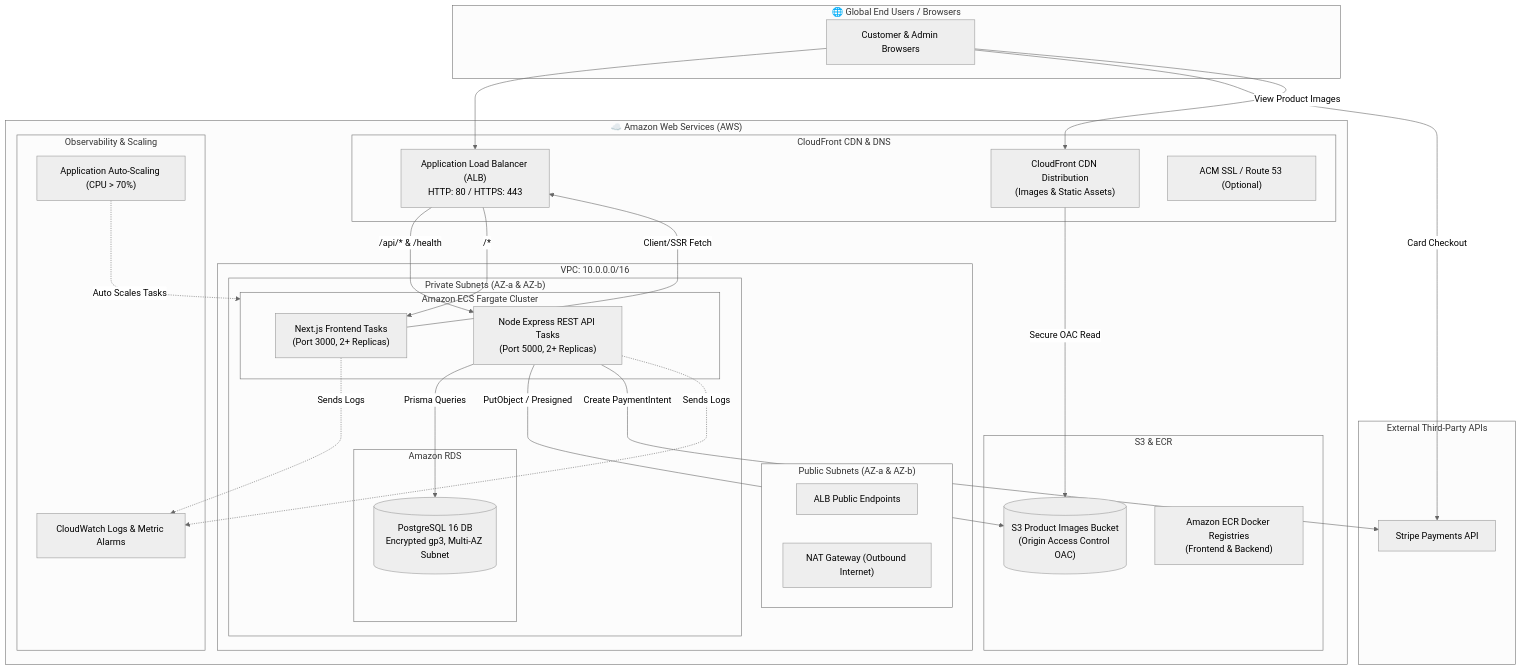
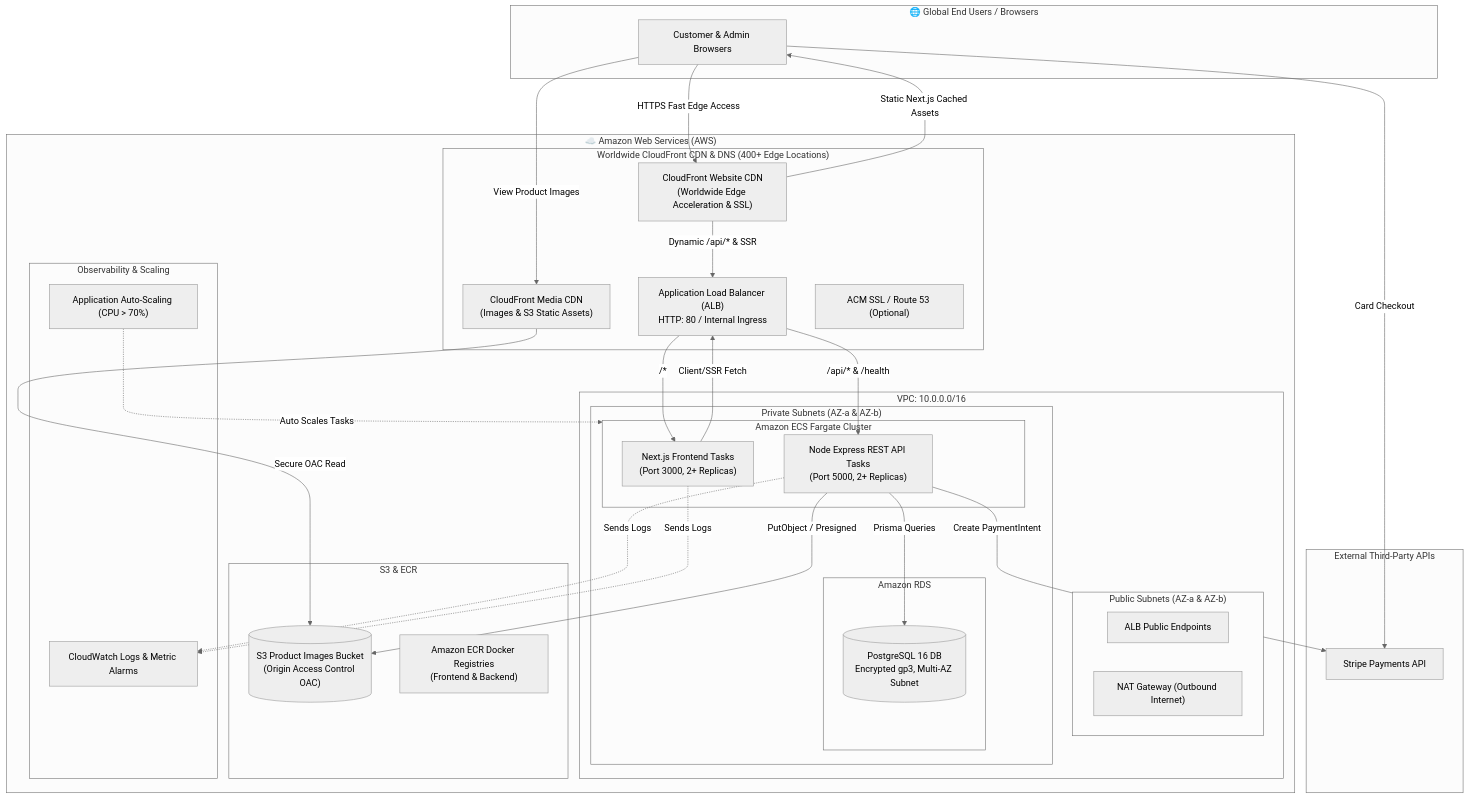
The diagram in README.md (Satheeshkumar08/Ecommerce-project), drawn with Mermaid (neutral theme) before and after one commit. The commit also changed other lines of this file and 9 other files, not shown here.

````diff
--- a/README.md
+++ b/README.md
@@ -10,60 +9,63 @@
 ```mermaid
 flowchart TD
     subgraph Users ["🌐 Global End Users / Browsers"]
         Client["Customer & Admin Browsers"]
     end
 
     subgraph AWS ["☁️ Amazon Web Services (AWS)"]
-        subgraph Edge ["CloudFront CDN & DNS"]
-            ALB["Application Load Balancer (ALB)\nHTTP: 80 / HTTPS: 443"]
-            CF["CloudFront CDN Distribution\n(Images & Static Assets)"]
+        subgraph Edge ["Worldwide CloudFront CDN & DNS (400+ Edge Locations)"]
+            CF_Web["CloudFront Website CDN\n(Worldwide Edge Acceleration & SSL)"]
+            CF_S3["CloudFront Media CDN\n(Images & S3 Static Assets)"]
+            ALB["Application Load Balancer (ALB)\nHTTP: 80 / Internal Ingress"]
             ACM["ACM SSL / Route 53 (Optional)"]
         end
 
         subgraph VPC ["VPC: 10.0.0.0/16"]
             subgraph PublicSubnets ["Public Subnets (AZ-a & AZ-b)"]
                 ALB_Node["ALB Public Endpoints"]
                 NAT["NAT Gateway (Outbound Internet)"]
             end
 
             subgraph PrivateSubnets ["Private Subnets (AZ-a & AZ-b)"]
                 subgraph ECSCluster ["Amazon ECS Fargate Cluster"]
                     Frontend["Next.js Frontend Tasks\n(Port 3000, 2+ Replicas)"]
                     Backend["Node Express REST API Tasks\n(Port 5000, 2+ Replicas)"]
                 end
 
                 subgraph Database ["Amazon RDS"]
                     RDS[("PostgreSQL 16 DB\nEncrypted gp3, Multi-AZ Subnet")]
                 end
             end
         end
 
         subgraph Storage ["S3 & ECR"]
             S3[("S3 Product Images Bucket\n(Origin Access Control OAC)")]
             ECR["Amazon ECR Docker Registries\n(Frontend & Backend)"]
         end
 
         subgraph Monitoring ["Observability & Scaling"]
             CW["CloudWatch Logs & Metric Alarms"]
             ASG["Application Auto-Scaling (CPU > 70%)"]
         end
     end
 
     subgraph External ["External Third-Party APIs"]
         Stripe["Stripe Payments API"]
     end
 
-    Client --> ALB
+    Client -->|HTTPS Fast Edge Access| CF_Web
+    CF_Web -->|Dynamic /api/* & SSR| ALB
+    CF_Web -->|Static Next.js Cached Assets| Client
     ALB -->|/api/* & /health| Backend
     ALB -->|/*| Frontend
     Frontend -->|Client/SSR Fetch| ALB
     Backend -->|Prisma Queries| RDS
     Backend -->|PutObject / Presigned| S3
     Backend -->|Create PaymentIntent| Stripe
     Client -->|Card Checkout| Stripe
-    Client -->|View Product Images| CF
-    CF -->|Secure OAC Read| S3
+    Client -->|View Product Images| CF_S3
+    CF_S3 -->|Secure OAC Read| S3
     ASG -.->|Auto Scales Tasks| ECSCluster
     Backend -.->|Sends Logs| CW
     Frontend -.->|Sends Logs| CW
 ```
````
